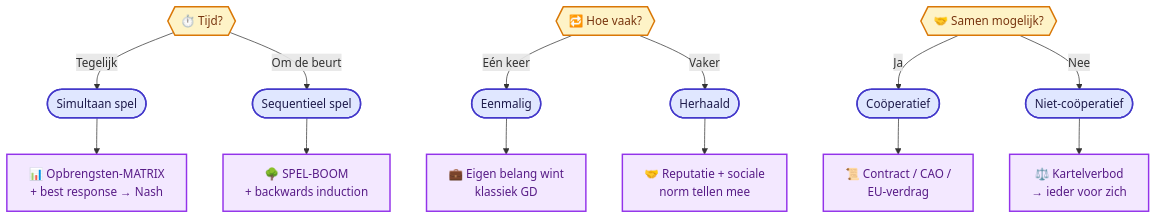
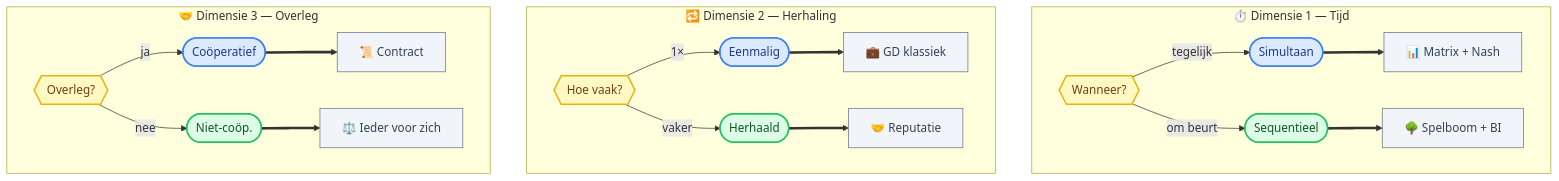
The second of 23 diagrams in Volledige_Samenvatting_H1_H2.md (ateknol/HAVO-Economie-examen), drawn with Mermaid before and after one commit. The commit also changed other lines of this file and 6 other files, not shown here.

````diff
--- a/Volledige_Samenvatting_H1_H2.md
+++ b/Volledige_Samenvatting_H1_H2.md
@@ -92,28 +94,26 @@
 ```mermaid
 flowchart TD
-    Tijd{{"⏱️ Tijd?"}}
-    Tijd -->|"Tegelijk"| Sim(["Simultaan spel"])
-    Tijd -->|"Om de beurt"| Seq(["Sequentieel spel"])
-    Sim --> Mat["📊 Opbrengsten-MATRIX<br/>+ best response → Nash"]
-    Seq --> Boom["🌳 SPEL-BOOM<br/>+ backwards induction"]
-
-    Herh{{"🔁 Hoe vaak?"}}
-    Herh -->|"Eén keer"| Een(["Eenmalig"])
-    Herh -->|"Vaker"| Rep(["Herhaald"])
-    Een --> Eig["💼 Eigen belang wint<br/>klassiek GD"]
-    Rep --> Soc["🤝 Reputatie + sociale<br/>norm tellen mee"]
-
-    Sam{{"🤝 Samen mogelijk?"}}
-    Sam -->|"Ja"| Coop(["Coöperatief"])
-    Sam -->|"Nee"| Niet(["Niet-coöperatief"])
-    Coop --> Con["📜 Contract / CAO /<br/>EU-verdrag"]
-    Niet --> Kar["⚖️ Kartelverbod<br/>→ ieder voor zich"]
-
-    classDef vraag fill:#fef3c7,stroke:#d97706,stroke-width:2px,color:#78350f
-    classDef proces fill:#e0e7ff,stroke:#4338ca,stroke-width:2px,color:#1e1b4b
-    classDef overheid fill:#f3e8ff,stroke:#9333ea,stroke-width:2px,color:#581c87
-
-    class Tijd,Herh,Sam vraag
-    class Sim,Seq,Een,Rep,Coop,Niet proces
-    class Mat,Boom,Eig,Soc,Con,Kar overheid
+    subgraph Dim1["⏱️ Dimensie 1 — Tijd"]
+        direction LR
+        T{{"Wanneer?"}} -->|"tegelijk"| Sim(["Simultaan"]) ==> Mat["📊 Matrix + Nash"]
+        T -->|"om beurt"| Seq(["Sequentieel"]) ==> Boom["🌳 Spelboom + BI"]
+    end
+    subgraph Dim2["🔁 Dimensie 2 — Herhaling"]
+        direction LR
+        H{{"Hoe vaak?"}} -->|"1×"| Een(["Eenmalig"]) ==> GDC["💼 GD klassiek"]
+        H -->|"vaker"| Rep(["Herhaald"]) ==> Soc["🤝 Reputatie"]
+    end
+    subgraph Dim3["🤝 Dimensie 3 — Overleg"]
+        direction LR
+        S{{"Overleg?"}} -->|"ja"| Coop(["Coöperatief"]) ==> Con["📜 Contract"]
+        S -->|"nee"| Niet(["Niet-coöp."]) ==> Kar["⚖️ Ieder voor zich"]
+    end
+    classDef besluit fill:#fef9c3,stroke:#eab308,stroke-width:2px,color:#713f12
+    classDef markt fill:#dbeafe,stroke:#3b82f6,stroke-width:2px,color:#1e3a8a
+    classDef succes fill:#dcfce7,stroke:#22c55e,stroke-width:2px,color:#14532d
+    classDef grijs fill:#f1f5f9,stroke:#64748b,stroke-width:1px,color:#334155
+    class T,H,S besluit
+    class Sim,Een,Coop markt
+    class Seq,Rep,Niet succes
+    class Mat,Boom,GDC,Soc,Con,Kar grijs
 ```
````
